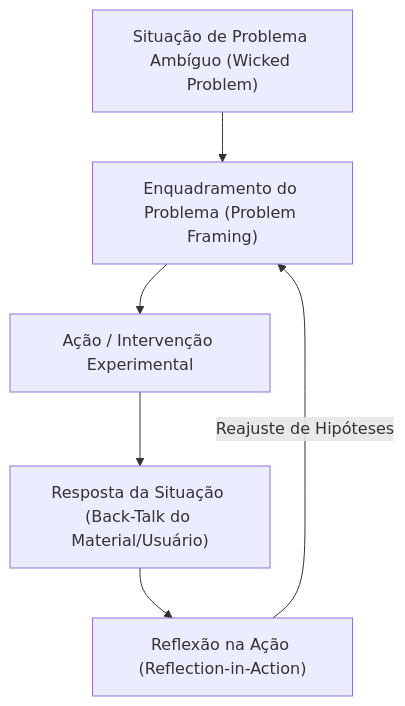
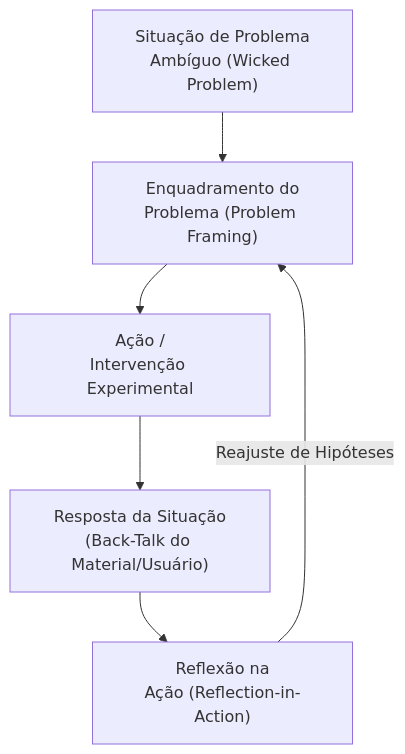
The second of 3 diagrams in 08. Design de Interacao/11. Racionalismo técnico e reflexão em ação - o papel da técnica e da criatividade no design.md (leorruas/puc), drawn with Mermaid before and after one commit. The commit also changed other lines of this file and 16 other files, not shown here.

Commit message:
style(mermaid): comprehensive audit and optimization of 45 Mermaid blocks across all 22 topic notes

````diff
--- a/08. Design de Interacao/11. Racionalismo técnico e reflexão em ação - o papel da técnica e da criatividade no design.md
+++ b/08. Design de Interacao/11. Racionalismo técnico e reflexão em ação - o papel da técnica e da criatividade no design.md
@@ -66,8 +66,8 @@
 ```mermaid
 graph TD
-    A["Situação de Problema Ambíguo (Wicked Problem)"] --> B["Enquadramento do Problema (Problem Framing)"]
-    B --> C["Ação / Intervenção Experimental"]
-    C --> D["Resposta da Situação (Back-Talk do Material/Usuário)"]
-    D --> E["Reflexão na Ação (Reflection-in-Action)"]
+    A["Situação de Problema<br>Ambíguo (Wicked Problem)"] --> B["Enquadramento do<br>Problema (Problem Framing)"]
+    B --> C["Ação /<br>Intervenção Experimental"]
+    C --> D["Resposta da Situação<br>(Back-Talk do Material/Usuário)"]
+    D --> E["Reflexão na<br>Ação (Reflection-in-Action)"]
     E -->|Reajuste de Hipóteses| B
 ```
````
